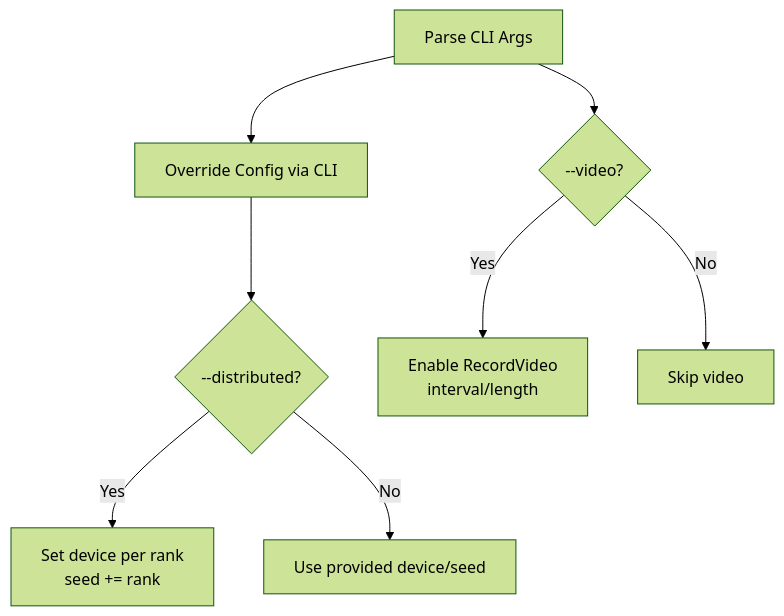
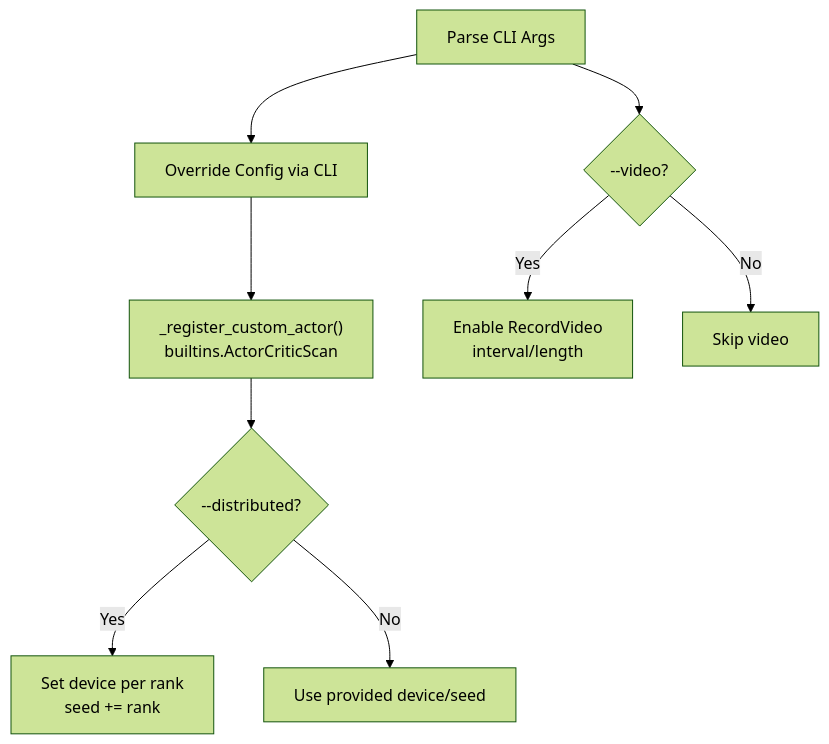
One commit to jayjayhust/robot_lab changed the sixth of 7 diagrams in .qoder/repowiki/en/content/Training Pipeline Architecture/RSL-RL Training System.md. Above: the diagram before and after it, drawn with Mermaid (forest theme). The commit also changed other lines of this file and 17 other files, not shown here.

````diff
--- a/.qoder/repowiki/en/content/Training Pipeline Architecture/RSL-RL Training System.md
+++ b/.qoder/repowiki/en/content/Training Pipeline Architecture/RSL-RL Training System.md
@@ -206,10 +257,11 @@
 ```mermaid
 flowchart TD
 Parse["Parse CLI Args"] --> Override["Override Config via CLI"]
-Override --> Distributed{"--distributed?"}
+Override --> CustomReg["_register_custom_actor()<br/>builtins.ActorCriticScan"]
+CustomReg --> Distributed{"--distributed?"}
 Distributed --> |Yes| MultiGPU["Set device per rank<br/>seed += rank"]
 Distributed --> |No| SingleGPU["Use provided device/seed"]
 Parse --> Video{"--video?"}
 Video --> |Yes| Record["Enable RecordVideo<br/>interval/length"]
 Video --> |No| Skip["Skip video"]
 ```
````
